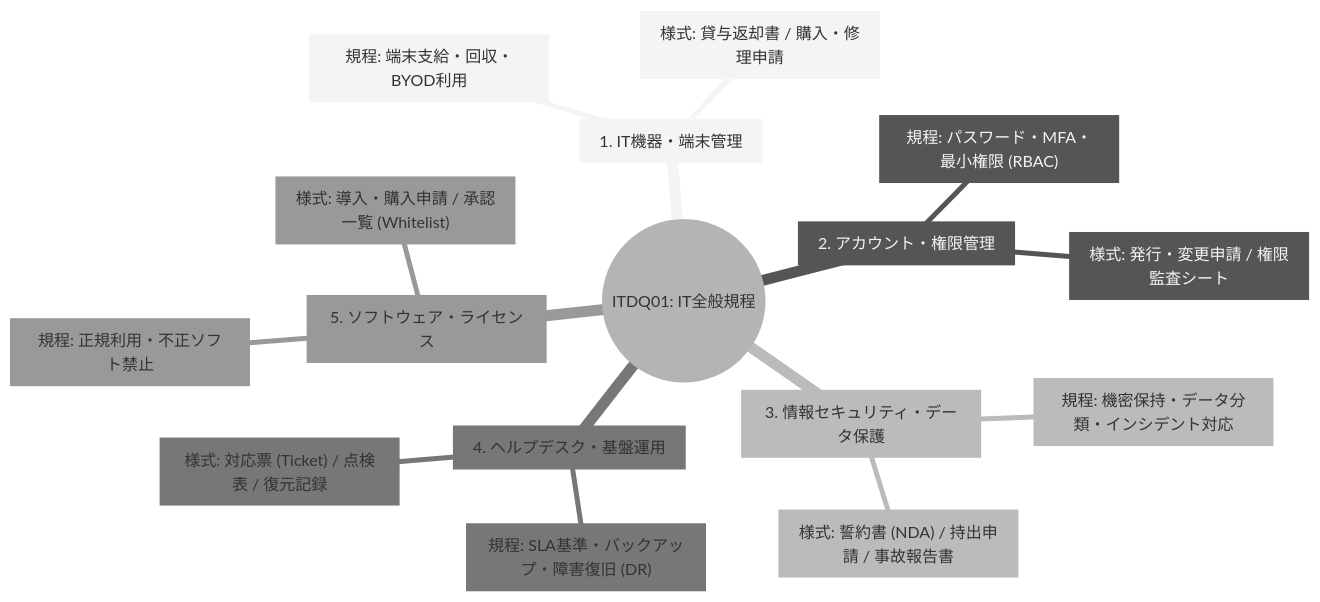
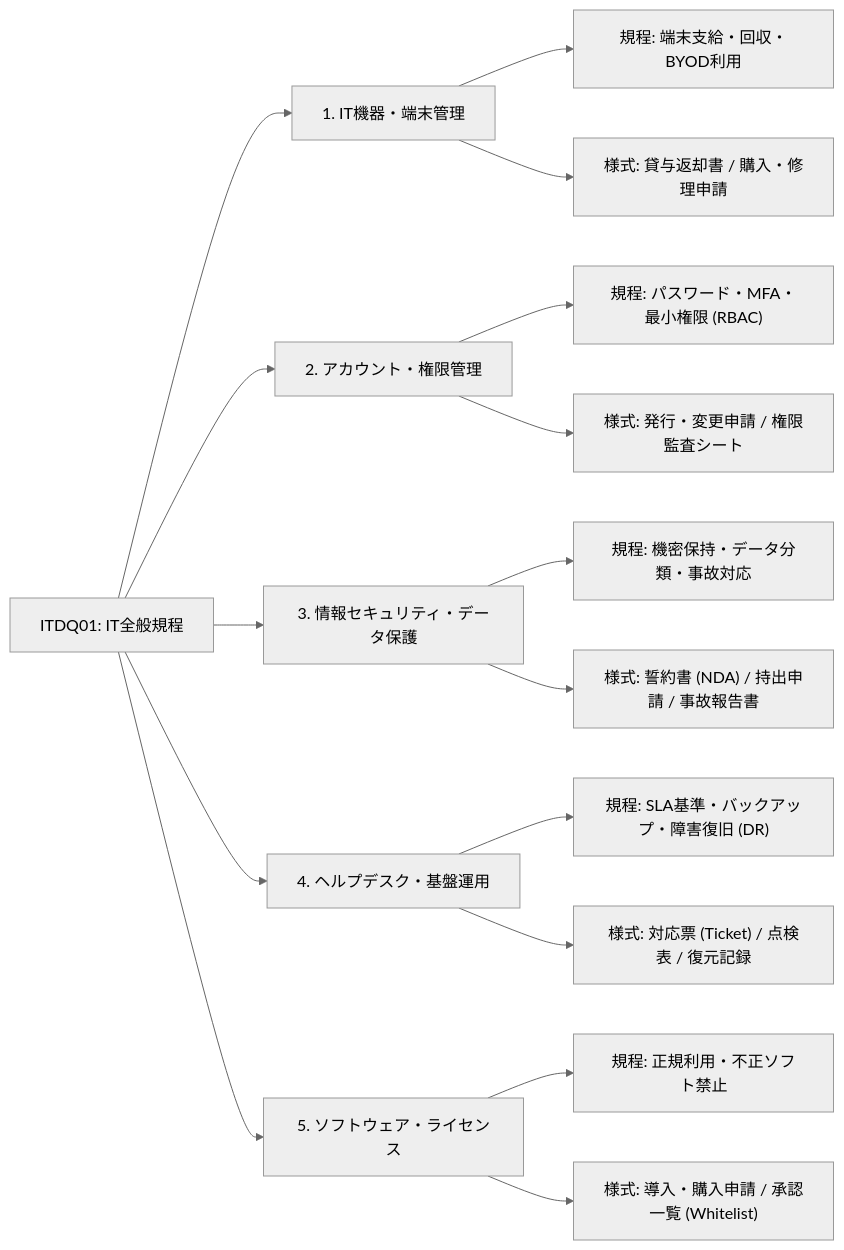
One commit to Nang0559/MermaidDiagram changed the diagram in ịtp.md. Above: the diagram before and after it, drawn with Mermaid (neutral theme).

````diff
--- a/ịtp.md
+++ b/ịtp.md
@@ -1,19 +1,29 @@
 ```mermaid
-mindmap
-  root((ITDQ01: IT全般規程))
-    ["1. IT機器・端末管理"]
-      ["規程: 端末支給・回収・BYOD利用"]
-      ["様式: 貸与返却書 / 購入・修理申請"]
-    ["2. アカウント・権限管理"]
-      ["規程: パスワード・MFA・最小権限 (RBAC)"]
-      ["様式: 発行・変更申請 / 権限監査シート"]
-    ["3. 情報セキュリティ・データ保護"]
-      ["規程: 機密保持・データ分類・インシデント対応"]
-      ["様式: 誓約書 (NDA) / 持出申請 / 事故報告書"]
-    ["4. ヘルプデスク・基盤運用"]
-      ["規程: SLA基準・バックアップ・障害復旧 (DR)"]
-      ["様式: 対応票 (Ticket) / 点検表 / 復元記録"]
-    ["5. ソフトウェア・ライセンス"]
-      ["規程: 正規利用・不正ソフト禁止"]
-      ["様式: 導入・購入申請 / 承認一覧 (Whitelist)"]
+graph LR
+    Root["ITDQ01: IT全般規程"]
+
+    %% Nhánh 1
+    Root --> C1["1. IT機器・端末管理"]
+    C1 --> P1["規程: 端末支給・回収・BYOD利用"]
+    C1 --> F1["様式: 貸与返却書 / 購入・修理申請"]
+
+    %% Nhánh 2
+    Root --> C2["2. アカウント・権限管理"]
+    C2 --> P2["規程: パスワード・MFA・最小権限 (RBAC)"]
+    C2 --> F2["様式: 発行・変更申請 / 権限監査シート"]
+
+    %% Nhánh 3
+    Root --> C3["3. 情報セキュリティ・データ保護"]
+    C3 --> P3["規程: 機密保持・データ分類・事故対応"]
+    C3 --> F3["様式: 誓約書 (NDA) / 持出申請 / 事故報告書"]
+
+    %% Nhánh 4
+    Root --> C4["4. ヘルプデスク・基盤運用"]
+    C4 --> P4["規程: SLA基準・バックアップ・障害復旧 (DR)"]
+    C4 --> F4["様式: 対応票 (Ticket) / 点検表 / 復元記録"]
+
+    %% Nhánh 5
+    Root --> C5["5. ソフトウェア・ライセンス"]
+    C5 --> P5["規程: 正規利用・不正ソフト禁止"]
+    C5 --> F5["様式: 導入・購入申請 / 承認一覧 (Whitelist)"]
 ```
````
